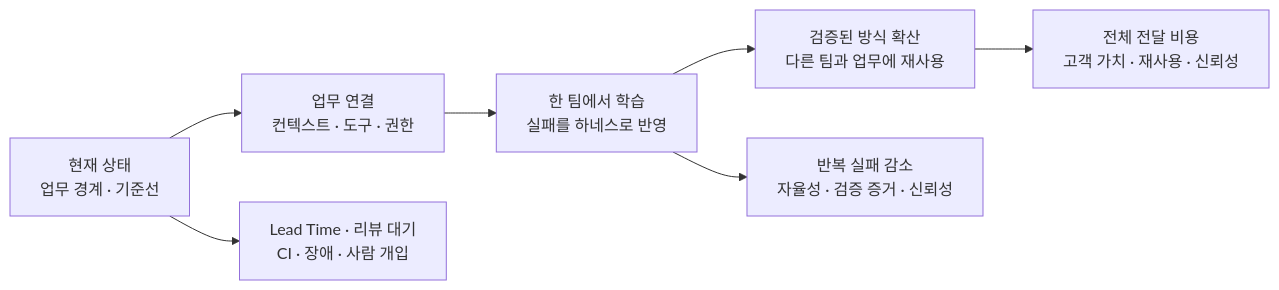
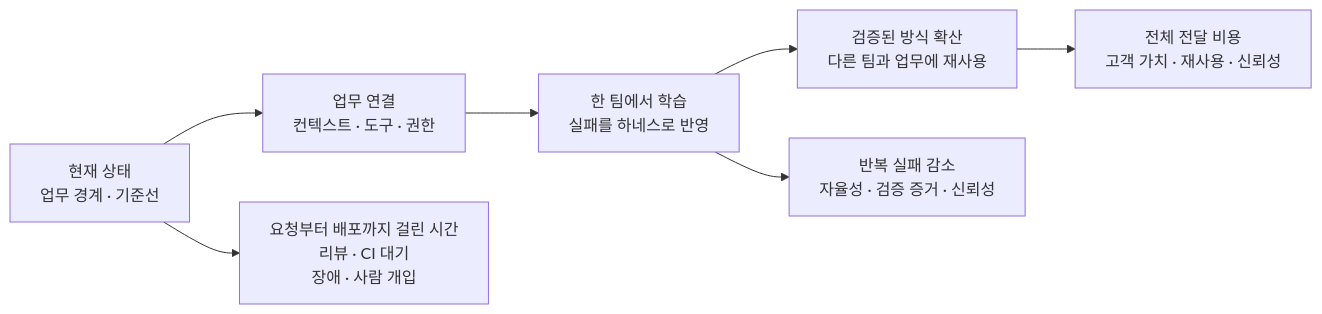
Before and after one commit to haandol/haandol.github.com: the fifth of 5 diagrams in _posts/2026-08-31-frontier-development-habits.md, drawn with Mermaid. The commit also changed other lines of this file and 8 other files, not shown here.

````diff
--- a/_posts/2026-08-31-frontier-development-habits.md
+++ b/_posts/2026-08-31-frontier-development-habits.md
@@ -361,10 +343,10 @@
 ```mermaid
 flowchart LR
     B["현재 상태<br/>업무 경계 · 기준선"] --> S1["업무 연결<br/>컨텍스트 · 도구 · 권한"]
     S1 --> S2["한 팀에서 학습<br/>실패를 하네스로 반영"]
     S2 --> S3["검증된 방식 확산<br/>다른 팀과 업무에 재사용"]
 
-    B --> BM["Lead Time · 리뷰 대기<br/>CI · 장애 · 사람 개입"]
+    B --> BM["요청부터 배포까지 걸린 시간<br/>리뷰 · CI 대기<br/>장애 · 사람 개입"]
     S2 --> M1["반복 실패 감소<br/>자율성 · 검증 증거 · 신뢰성"]
     S3 --> M2["전체 전달 비용<br/>고객 가치 · 재사용 · 신뢰성"]
 ```
````
